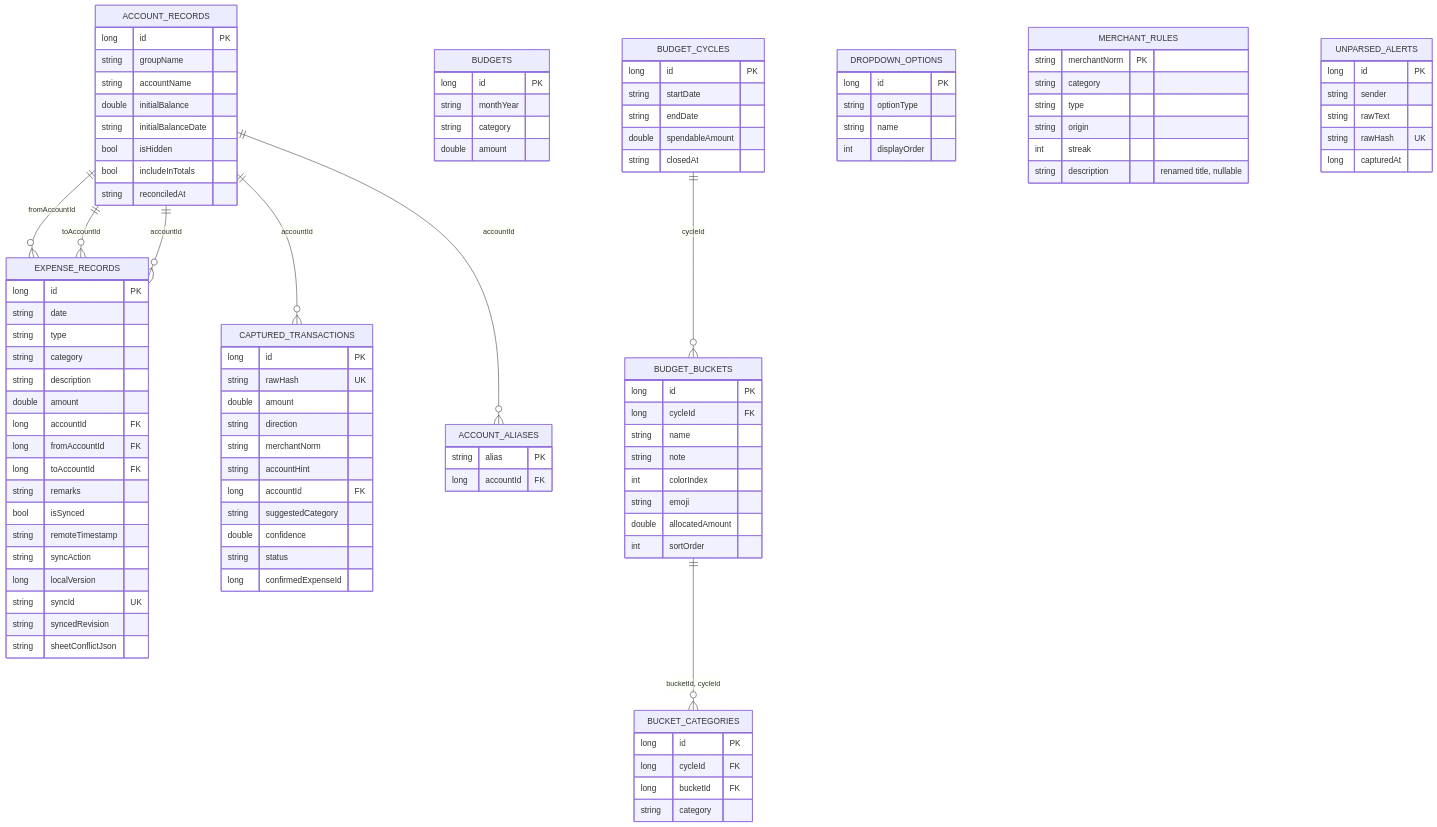
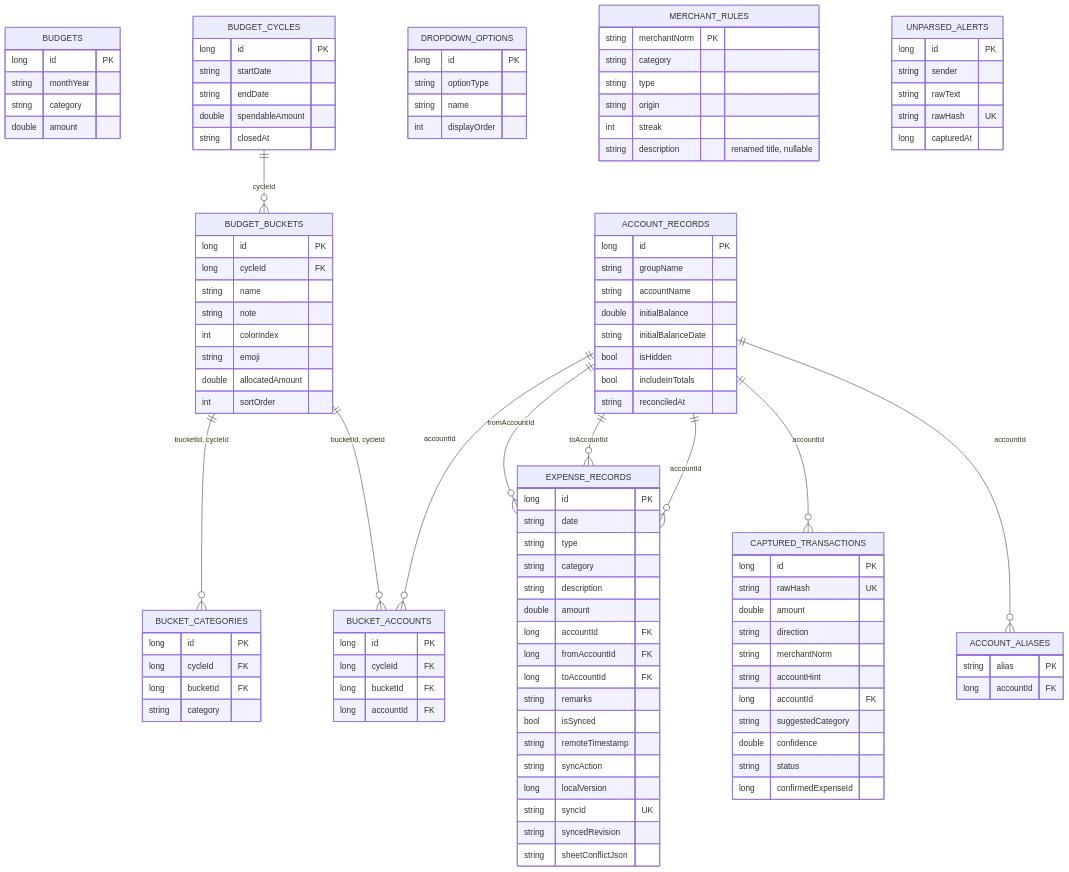
Before and after one commit to issaczerubbabela/L-Edgar: the fourth of 5 diagrams in docs/ARCHITECTURE.md, drawn with Mermaid. The commit also changed other lines of this file and 33 other files, not shown here.

First line of the commit message:
Let a bucket track transfers into savings accounts

```diff
--- a/docs/ARCHITECTURE.md
+++ b/docs/ARCHITECTURE.md
@@ -216,6 +216,8 @@
 
     BUDGET_CYCLES ||--o{ BUDGET_BUCKETS : cycleId
     BUDGET_BUCKETS ||--o{ BUCKET_CATEGORIES : "bucketId, cycleId"
+    BUDGET_BUCKETS ||--o{ BUCKET_ACCOUNTS : "bucketId, cycleId"
+    ACCOUNT_RECORDS ||--o{ BUCKET_ACCOUNTS : accountId
 
     BUDGET_CYCLES {
         long id PK
@@ -241,6 +243,13 @@
         long cycleId FK
         long bucketId FK
         string category
+    }
+
+    BUCKET_ACCOUNTS {
+        long id PK
+        long cycleId FK
+        long bucketId FK
+        long accountId FK
     }
 
     DROPDOWN_OPTIONS {
```
